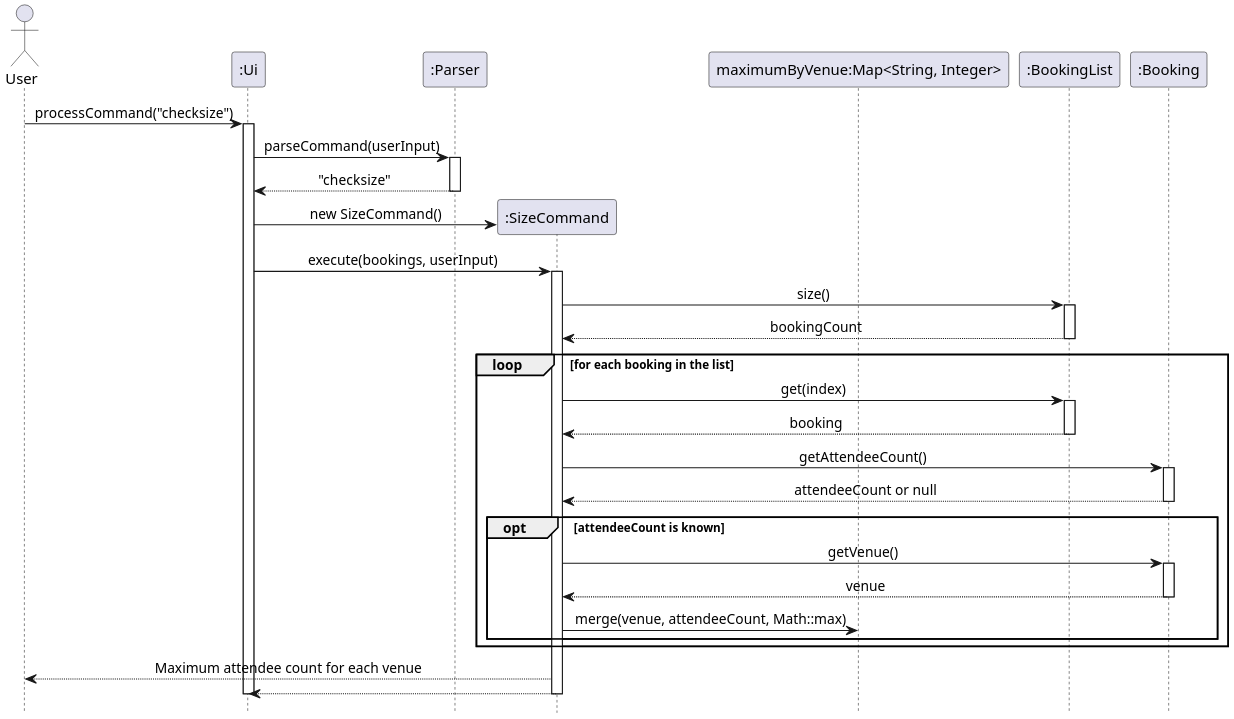
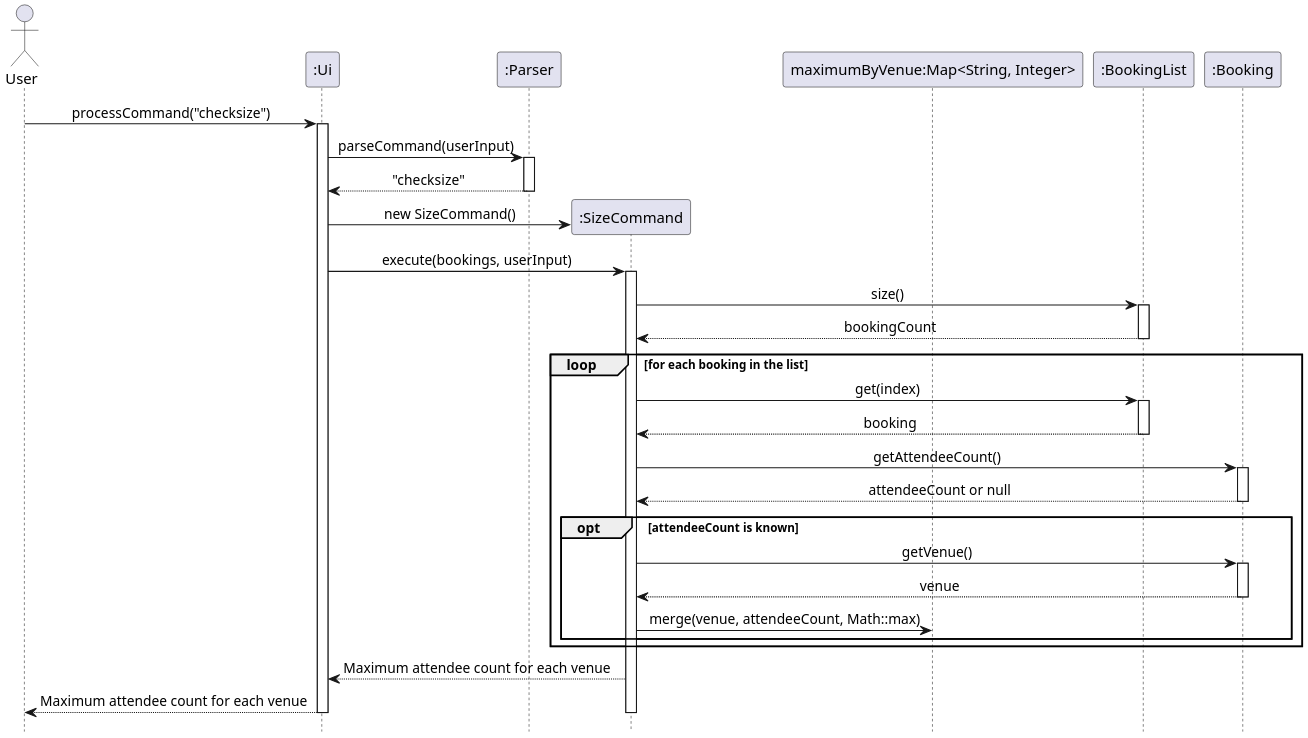
The diagram in docs/UMLDiagrams/CheckSizeSequenceDiagram.puml (AY2627S1-CS2113-W14-2/tp), drawn with PlantUML before and after one commit. The commit also changed 9 other files, not shown here.

```diff
--- a/docs/UMLDiagrams/CheckSizeSequenceDiagram.puml
+++ b/docs/UMLDiagrams/CheckSizeSequenceDiagram.puml
@@ -1,53 +1,53 @@
 @startuml
 scale 2
 skinparam sequenceMessageAlign center
 hide footbox
 
 actor User
 participant ":Ui" as UI
 participant ":Parser" as Parser
 participant ":SizeCommand" as Size
 participant "maximumByVenue:Map<String, Integer>" as Maxima
 participant ":BookingList" as Bookings
 participant ":Booking" as Booking
 
 User -> UI: processCommand("checksize")
 activate UI
 UI -> Parser: parseCommand(userInput)
 activate Parser
 Parser --> UI: "checksize"
 deactivate Parser
 
 create Size
 UI -> Size: new SizeCommand()
 UI -> Size: execute(bookings, userInput)
 activate Size
 
 Size -> Bookings: size()
 activate Bookings
 Bookings --> Size: bookingCount
 deactivate Bookings
 
 loop for each booking in the list
     Size -> Bookings: get(index)
     activate Bookings
     Bookings --> Size: booking
     deactivate Bookings
     Size -> Booking: getAttendeeCount()
     activate Booking
     Booking --> Size: attendeeCount or null
     deactivate Booking
     opt attendeeCount is known
         Size -> Booking: getVenue()
         activate Booking
         Booking --> Size: venue
         deactivate Booking
         Size -> Maxima: merge(venue, attendeeCount, Math::max)
     end
 end
 
-Size --> User: Maximum attendee count for each venue
-Size --> UI
+Size --> UI: Maximum attendee count for each venue
+UI --> User: Maximum attendee count for each venue
 deactivate Size
 deactivate UI
 @enduml
```
